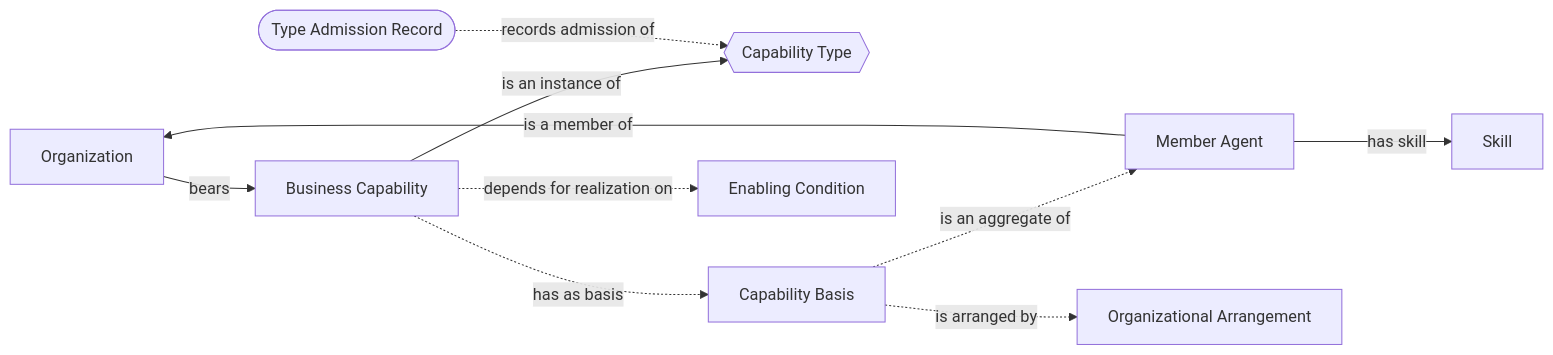
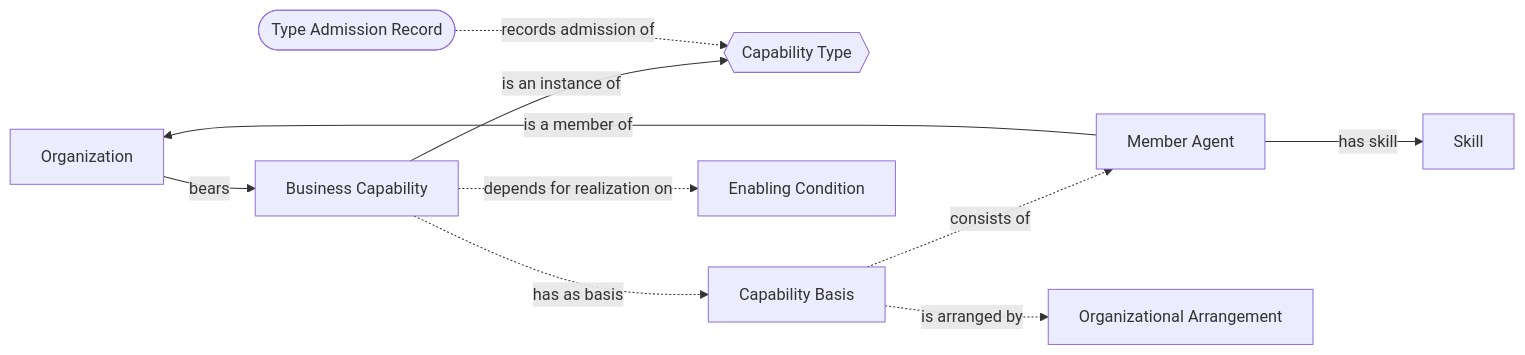
The second of 6 diagrams in src/02_conceptual_models/CM-01-business-capability.md (Skreen5hot/Business-and-Agent-Capabilities-Ontology), drawn with Mermaid before and after one commit. The commit also changed other lines of this file and 5 other files, not shown here.

````diff
--- a/src/02_conceptual_models/CM-01-business-capability.md
+++ b/src/02_conceptual_models/CM-01-business-capability.md
@@ -191,21 +203,21 @@
 ```mermaid
 flowchart LR
   ORG["Organization"]
   MA["Member Agent"]
   BC["Business Capability"]
   CT{{"Capability Type"}}
   BAS["Capability Basis"]
   ARR["Organizational Arrangement"]
   EC["Enabling Condition"]
   SK["Skill"]
   TAR(["Type Admission Record"])
   MA -->|is a member of| ORG
   ORG -->|bears| BC
   BC -->|is an instance of| CT
   BC -.->|has as basis| BAS
-  BAS -.->|is an aggregate of| MA
+  BAS -.->|consists of| MA
   BAS -.->|is arranged by| ARR
   BC -.->|depends for realization on| EC
   MA -->|has skill| SK
   TAR -.->|records admission of| CT
 ```
````
